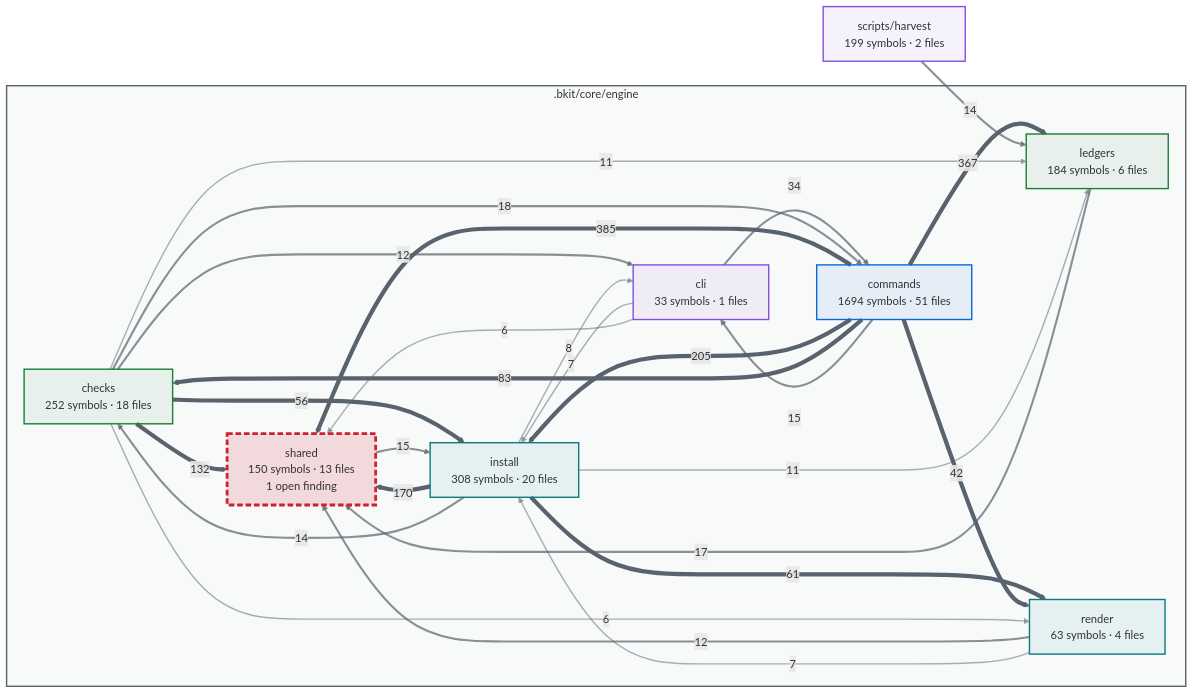
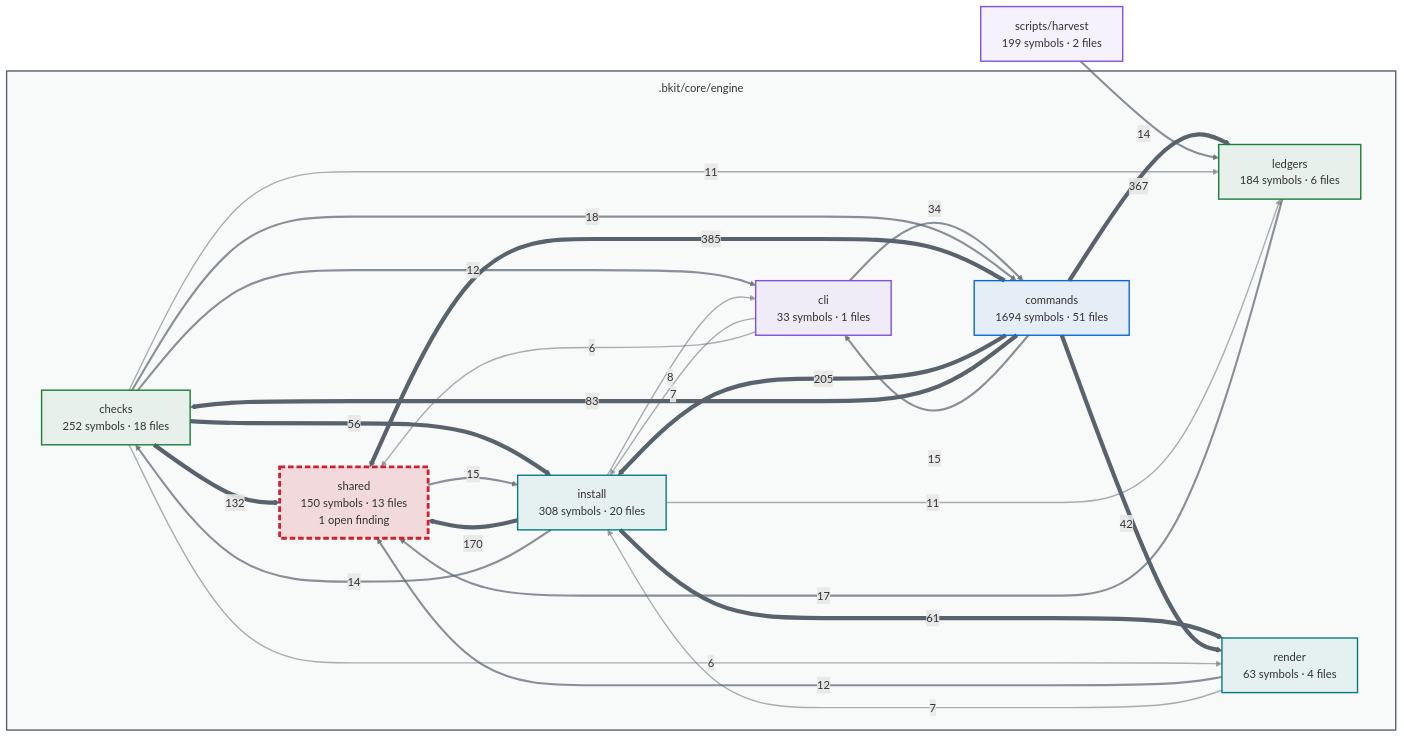
One commit to cbartens/bkit changed the first of 2 diagrams in docs/capabilities.md. Above: the diagram before and after it, drawn with Mermaid. The commit also changed other lines of this file and 3 other files, not shown here.

Commit message:
fix(graphify): increase capability diagram spacing

```diff
--- a/docs/capabilities.md
+++ b/docs/capabilities.md
@@ -158,6 +158,11 @@
   themeCSS: "marker { overflow: visible; } marker path { transform: scale(1.8); transform-origin: 5px 5px; }"
   flowchart:
     useMaxWidth: false
+    nodeSpacing: 80
+    rankSpacing: 100
+    subGraphTitleMargin:
+      top: 12
+      bottom: 24
 ---
 flowchart LR
   %% Generated by bkit-graphify-rollup.py — do not edit
```
